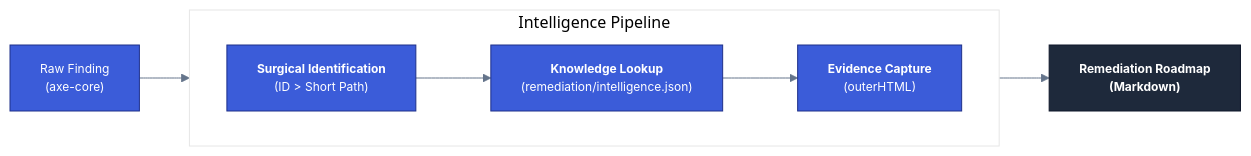
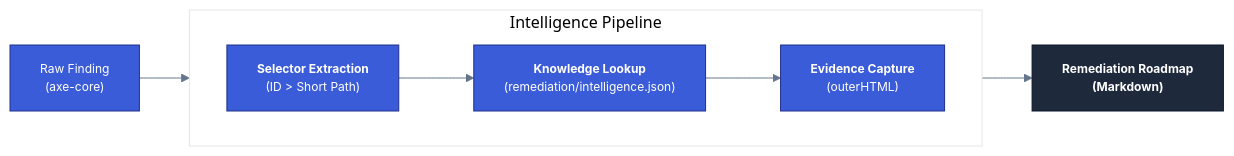
One commit to diegovelasquezweb/a11y-skill changed the diagram in docs/engine-intelligence.md. Above: the diagram before and after it, drawn with Mermaid. The commit also changed other lines of this file and 5 other files, not shown here.

Commit message:
feat(a11y): introduce static pattern scanning phase to the remediation pipeline and refine architecture documentation.

````diff
--- a/docs/engine-intelligence.md
+++ b/docs/engine-intelligence.md
@@ -55,23 +55,23 @@
 ```mermaid
 %%{init: { 'theme': 'base', 'themeVariables': { 'primaryColor': '#3b5cd9', 'primaryTextColor': '#1e293b', 'primaryBorderColor': '#1e308a', 'lineColor': '#64748b', 'secondaryColor': '#f1f5f9', 'tertiaryColor': '#fff', 'mainBkg': '#fff', 'nodeBorder': '#e2e8f0' } } }%%
 flowchart LR
     Finding["Raw Finding<br/>(axe-core)"] --> Analysis
 
     subgraph Analysis["Intelligence Pipeline"]
         direction LR
-        Surgical["<b>Surgical Identification</b><br/>(ID > Short Path)"]
+        Surgical["<b>Selector Extraction</b><br/>(ID > Short Path)"]
         Match["<b>Knowledge Lookup</b><br/>(remediation/intelligence.json)"]
         Evidence["<b>Evidence Capture</b><br/>(outerHTML)"]
 
         Surgical --> Match --> Evidence
     end
 
     Analysis --> Roadmap["<b>Remediation Roadmap</b><br/>(Markdown)"]
 
     classDef default font-family:Inter,sans-serif,font-size:12px;
     classDef core fill:#3b5cd9,color:#fff,stroke:#1e308a;
     classDef roadmap fill:#1e293b,color:#fff,stroke:#0f172a,font-weight:bold;
 
     class Finding,Match,Surgical,Evidence core;
     class Roadmap roadmap;
 ```
````
